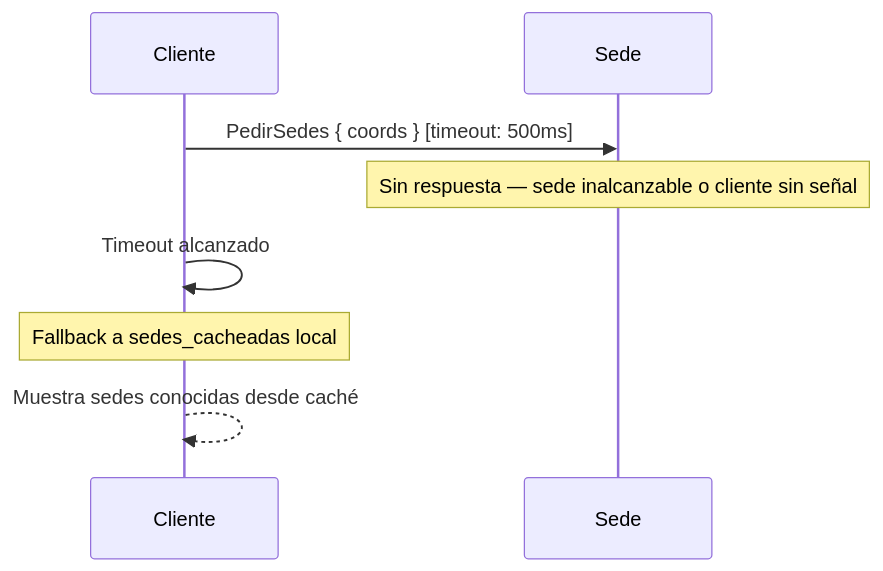
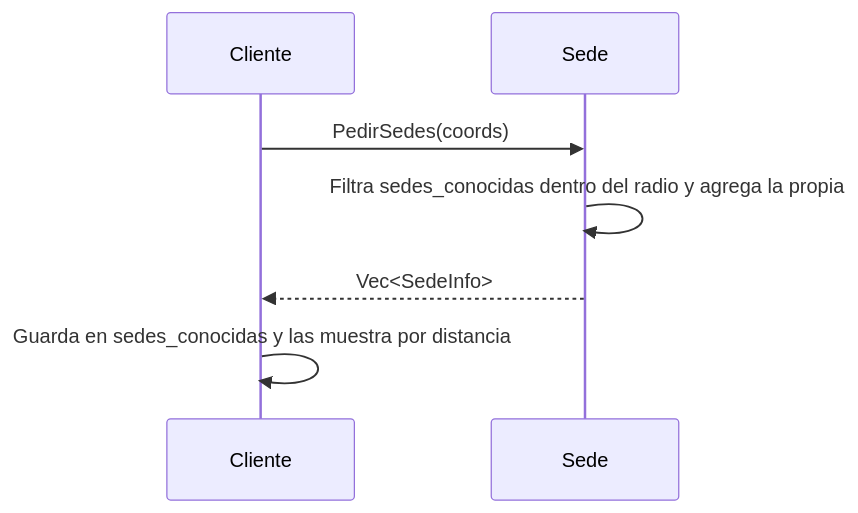
The ninth of 14 diagrams in README.md (Jmenechian/distributed-bike-sharing), drawn with Mermaid before and after one commit. The commit also changed other lines of this file, not shown here.

Commit message:
docs(readme): actualizacion del README.md

````diff
--- a/README.md
+++ b/README.md
@@ -1295,11 +1131,10 @@
 ```mermaid
 sequenceDiagram
     participant Cliente
     participant Sede
 
-    Cliente->>Sede: PedirSedes { coords } [timeout: 500ms]
-    Note over Sede: Sin respuesta — sede inalcanzable o cliente sin señal
-    Cliente->>Cliente: Timeout alcanzado
-    Note over Cliente: Fallback a sedes_cacheadas local
-    Cliente-->>Cliente: Muestra sedes conocidas desde caché
+    Cliente->>Sede: PedirSedes(coords)
+    Sede->>Sede: Filtra sedes_conocidas dentro del radio y agrega la propia
+    Sede-->>Cliente: Vec<SedeInfo>
+    Cliente->>Cliente: Guarda en sedes_conocidas y las muestra por distancia
 ```
````
